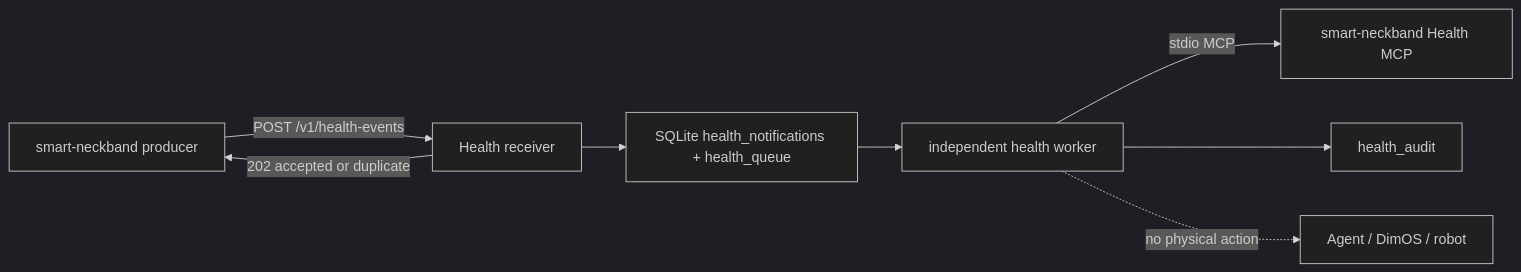
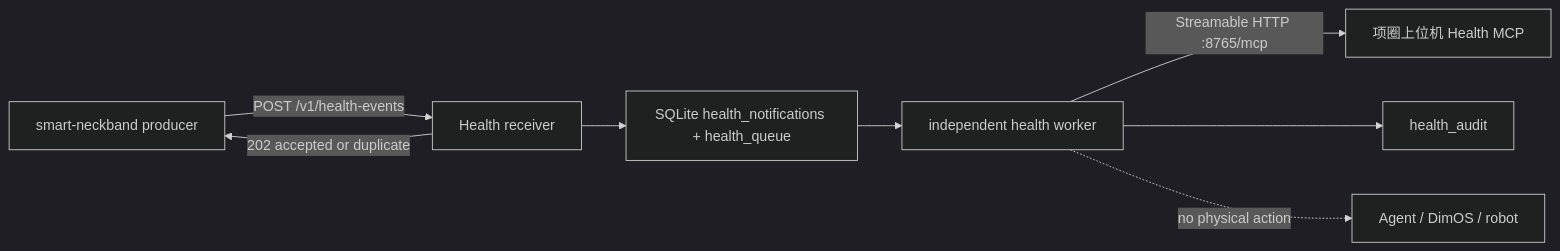
The diagram in docs/health-mcp-consumer-integration.md (J9HSON/agent), drawn with Mermaid (dark theme) before and after one commit. The commit also changed other lines of this file and 10 other files, not shown here.

First line of the commit message:
Health: use Streamable HTTP MCP transport

````diff
--- a/docs/health-mcp-consumer-integration.md
+++ b/docs/health-mcp-consumer-integration.md
@@ -34,10 +34,10 @@
 ```mermaid
 flowchart LR
     C["smart-neckband producer"] -->|"POST /v1/health-events"| R["Health receiver"]
     R --> Q["SQLite health_notifications + health_queue"]
     R -->|"202 accepted or duplicate"| C
     Q --> W["independent health worker"]
-    W -->|"stdio MCP"| H["smart-neckband Health MCP"]
+    W -->|"Streamable HTTP :8765/mcp"| H["项圈上位机 Health MCP"]
     W --> A["health_audit"]
     W -. "no physical action" .-> X["Agent / DimOS / robot"]
 ```
````
